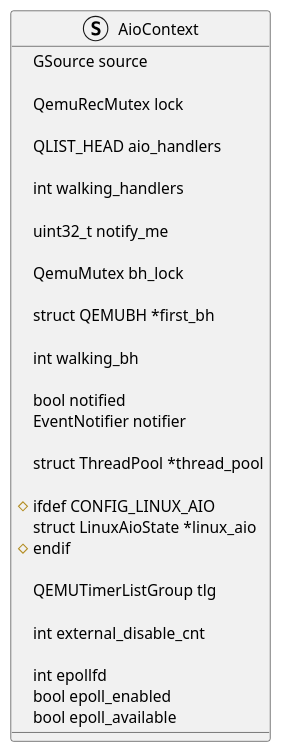
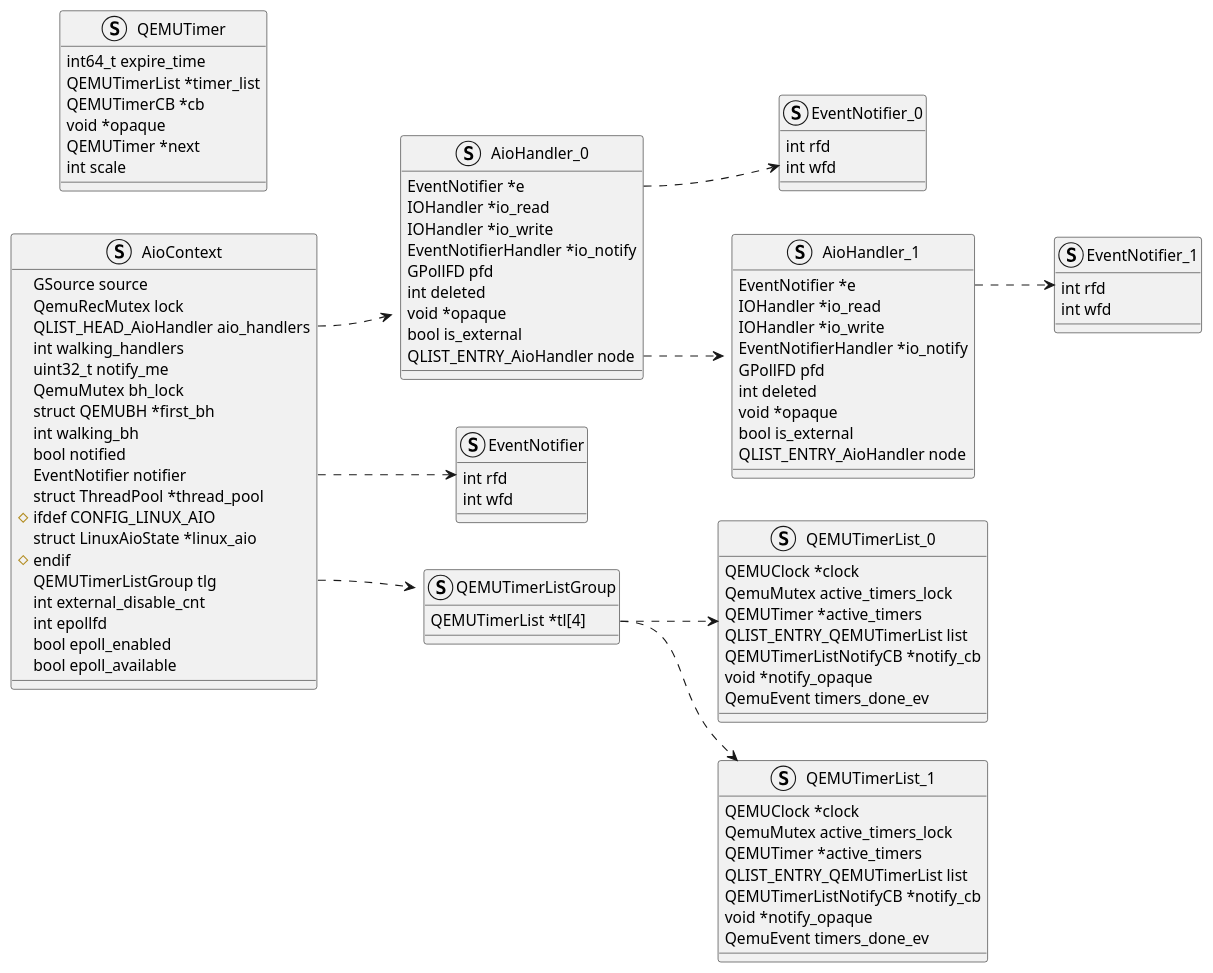
The diagram in qemu_src/plantUML/AioContext.puml (rivsidn/repositories-incubator), drawn with PlantUML before and after one commit. The commit also changed other lines of this file and 3 other files, not shown here.

```diff
--- a/qemu_src/plantUML/AioContext.puml
+++ b/qemu_src/plantUML/AioContext.puml
@@ -2,37 +1,100 @@
 @startuml
+
+left to right direction
+
+struct EventNotifier {
+    int rfd
+    int wfd
+}
+struct EventNotifier_0 {
+    int rfd
+    int wfd
+}
+struct EventNotifier_1 {
+    int rfd
+    int wfd
+}
+struct AioHandler_0 {
+    EventNotifier *e
+    IOHandler *io_read
+    IOHandler *io_write
+    EventNotifierHandler *io_notify
+    GPollFD pfd
+    int deleted
+    void *opaque
+    bool is_external
+    QLIST_ENTRY_AioHandler node
+}
+struct AioHandler_1 {
+    EventNotifier *e
+    IOHandler *io_read
+    IOHandler *io_write
+    EventNotifierHandler *io_notify
+    GPollFD pfd
+    int deleted
+    void *opaque
+    bool is_external
+    QLIST_ENTRY_AioHandler node
+}
+AioHandler_0::node ..> AioHandler_1
+AioHandler_0::e ..> EventNotifier_0
+AioHandler_1::e ..> EventNotifier_1
+
+struct QEMUTimer {
+    int64_t expire_time
+    QEMUTimerList *timer_list
+    QEMUTimerCB *cb
+    void *opaque
+    QEMUTimer *next
+    int scale
+}
+struct QEMUTimerList_0 {
+    QEMUClock *clock
+    QemuMutex active_timers_lock
+    QEMUTimer *active_timers
+    QLIST_ENTRY_QEMUTimerList list
+    QEMUTimerListNotifyCB *notify_cb
+    void *notify_opaque
+    QemuEvent timers_done_ev
+}
+struct QEMUTimerList_1 {
+    QEMUClock *clock
+    QemuMutex active_timers_lock
+    QEMUTimer *active_timers
+    QLIST_ENTRY_QEMUTimerList list
+    QEMUTimerListNotifyCB *notify_cb
+    void *notify_opaque
+    QemuEvent timers_done_ev
+}
+struct QEMUTimerListGroup {
+    QEMUTimerList *tl[4]
+}
+QEMUTimerListGroup::tl ..> QEMUTimerList_0
+QEMUTimerListGroup::tl ..> QEMUTimerList_1
+
 struct AioContext {
     GSource source
-
     QemuRecMutex lock
-
-    QLIST_HEAD aio_handlers
-
+    QLIST_HEAD_AioHandler aio_handlers
     int walking_handlers
-
     uint32_t notify_me
-
     QemuMutex bh_lock
-
     struct QEMUBH *first_bh
-
     int walking_bh
-
     bool notified
     EventNotifier notifier
-
     struct ThreadPool *thread_pool
-
 #ifdef CONFIG_LINUX_AIO
     struct LinuxAioState *linux_aio
 #endif
-
     QEMUTimerListGroup tlg
-
     int external_disable_cnt
-
     int epollfd
     bool epoll_enabled
     bool epoll_available
 }
+AioContext::aio_handlers ..> AioHandler_0
+AioContext::notifier ..> EventNotifier
+AioContext::tlg ..> QEMUTimerListGroup
 
 @enduml
```
